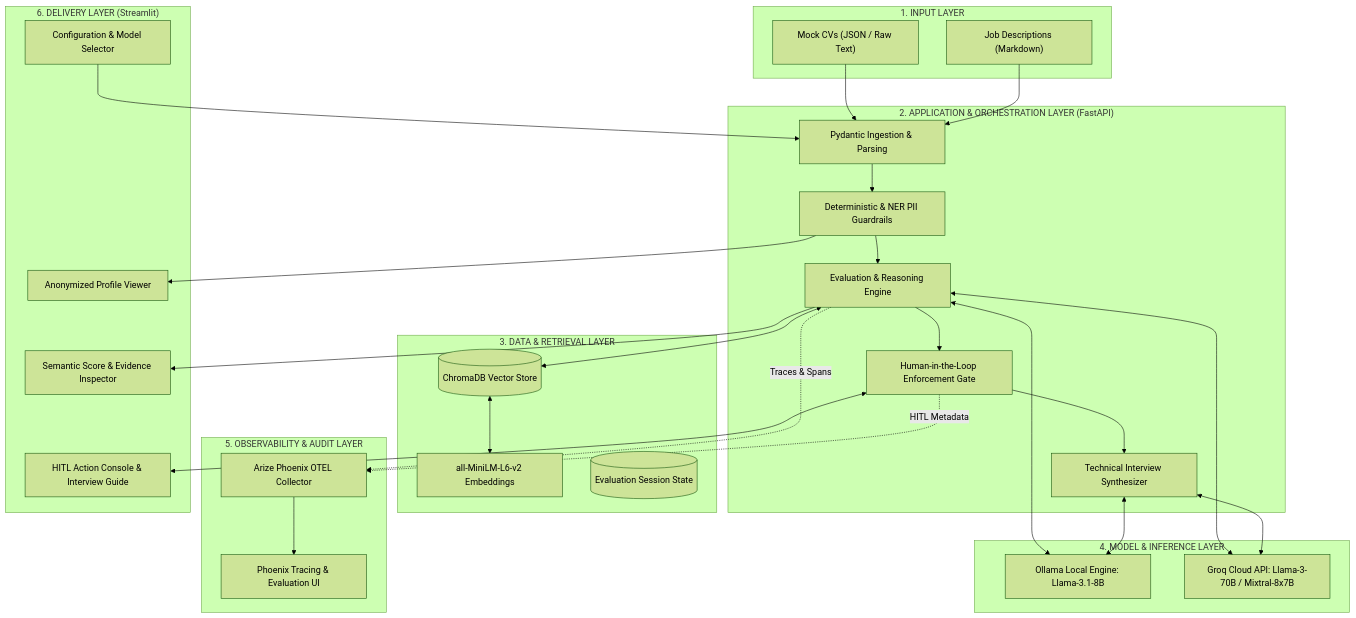
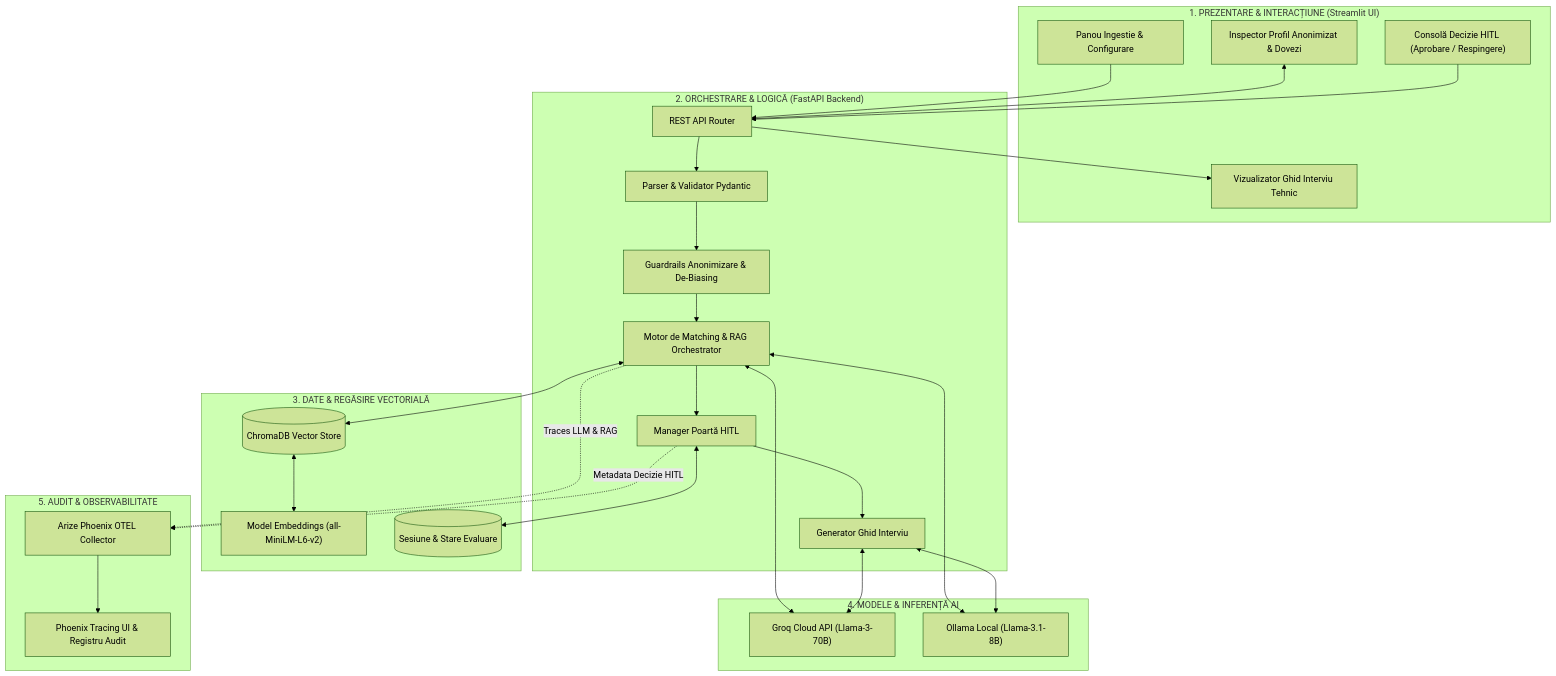
Before and after one commit to MorariuMark/agentic-recruitment-screening: the third of 4 diagrams in README.md, drawn with Mermaid (forest theme). The commit also changed other lines of this file, not shown here.

Commit message:
docs: restructure Mermaid sequence and architecture diagrams for clean rendering and high readability

````diff
--- a/README.md
+++ b/README.md
@@ -149,58 +152,63 @@
 ```mermaid
-graph TB
-    subgraph "1. INPUT LAYER"
-        In1["Mock CVs (JSON / Raw Text)"]
-        In2["Job Descriptions (Markdown)"]
+flowchart TD
+    subgraph Presentation ["1. PREZENTARE & INTERACȚIUNE (Streamlit UI)"]
+        UI_Upload["Panou Ingestie & Configurare"]
+        UI_Review["Inspector Profil Anonimizat & Dovezi"]
+        UI_HITL["Consolă Decizie HITL (Aprobare / Respingere)"]
+        UI_Guide["Vizualizator Ghid Interviu Tehnic"]
     end
 
-    subgraph "2. APPLICATION & ORCHESTRATION LAYER (FastAPI)"
-        PydParser["Pydantic Ingestion & Parsing"]
-        PIIScrub["Deterministic & NER PII Guardrails"]
-        ScoreEngine["Evaluation & Reasoning Engine"]
-        DecisionGate["Human-in-the-Loop Enforcement Gate"]
-        InterviewGen["Technical Interview Synthesizer"]
+    subgraph Backend ["2. ORCHESTRARE & LOGICĂ (FastAPI Backend)"]
+        API_Gateway["REST API Router"]
+        Pydantic_Parser["Parser & Validator Pydantic"]
+        PII_Guard["Guardrails Anonimizare & De-Biasing"]
+        Match_Engine["Motor de Matching & RAG Orchestrator"]
+        HITL_Manager["Manager Poartă HITL"]
+        Interview_Builder["Generator Ghid Interviu"]
     end
 
-    subgraph "3. DATA & RETRIEVAL LAYER"
-        ChromaStore[("ChromaDB Vector Store")]
-        Embeddings["all-MiniLM-L6-v2 Embeddings"]
-        StateStore[("Evaluation Session State")]
+    subgraph DataLayer ["3. DATE & REGĂSIRE VECTORIALĂ"]
+        Chroma_DB[("ChromaDB Vector Store")]
+        Embed_Model["Model Embeddings (all-MiniLM-L6-v2)"]
+        Local_Cache[("Sesiune & Stare Evaluare")]
     end
 
-    subgraph "4. MODEL & INFERENCE LAYER"
-        OllamaLocal["Ollama Local Engine: Llama-3.1-8B"]
-        GroqCloud["Groq Cloud API: Llama-3-70B / Mixtral-8x7B"]
+    subgraph ModelLayer ["4. MODELE & INFERENȚĂ AI"]
+        Groq_API["Groq Cloud API (Llama-3-70B)"]
+        Ollama_Local["Ollama Local (Llama-3.1-8B)"]
     end
 
-    subgraph "5. OBSERVABILITY & AUDIT LAYER"
-        PhoenixCol["Arize Phoenix OTEL Collector"]
-        PhoenixUI["Phoenix Tracing & Evaluation UI"]
+    subgraph Observability ["5. AUDIT & OBSERVABILITATE"]
+        Phoenix_Server["Arize Phoenix OTEL Collector"]
+        Phoenix_Dashboard["Phoenix Tracing UI & Registru Audit"]
     end
 
-    subgraph "6. DELIVERY LAYER (Streamlit)"
-        DashConfig["Configuration & Model Selector"]
-        DashAnon["Anonymized Profile Viewer"]
-        DashMatrix["Semantic Score & Evidence Inspector"]
-        DashHITL["HITL Action Console & Interview Guide"]
-    end
+    %% Flux UI -> Backend
+    UI_Upload --> API_Gateway
+    UI_Review <--> API_Gateway
+    UI_HITL --> API_Gateway
+    API_Gateway --> UI_Guide
 
-    In1 & In2 --> PydParser
-    PydParser --> PIIScrub
-    PIIScrub --> ScoreEngine
-    ScoreEngine <--> ChromaStore
-    ChromaStore <--> Embeddings
-    ScoreEngine <--> OllamaLocal
-    ScoreEngine <--> GroqCloud
-    ScoreEngine --> DecisionGate
-    DecisionGate --> InterviewGen
-    InterviewGen <--> OllamaLocal & GroqCloud
-    
-    ScoreEngine -. Traces & Spans .-> PhoenixCol
-    DecisionGate -. HITL Metadata .-> PhoenixCol
-    PhoenixCol --> PhoenixUI
+    %% Flux Backend intern
+    API_Gateway --> Pydantic_Parser
+    Pydantic_Parser --> PII_Guard
+    PII_Guard --> Match_Engine
+    Match_Engine --> HITL_Manager
+    HITL_Manager --> Interview_Builder
 
-    DecisionGate <--> DashHITL
-    ScoreEngine --> DashMatrix
-    PIIScrub --> DashAnon
-    DashConfig --> PydParser
+    %% Backend <-> Date
+    Match_Engine <--> Chroma_DB
+    Chroma_DB <--> Embed_Model
+    HITL_Manager <--> Local_Cache
+
+    %% Backend <-> Modele
+    Match_Engine <--> Groq_API
+    Match_Engine <--> Ollama_Local
+    Interview_Builder <--> Groq_API
+    Interview_Builder <--> Ollama_Local
+
+    %% Backend -> Observabilitate
+    Match_Engine -. Traces LLM & RAG .-> Phoenix_Server
+    HITL_Manager -. Metadata Decizie HITL .-> Phoenix_Server
+    Phoenix_Server --> Phoenix_Dashboard
 ```
````
